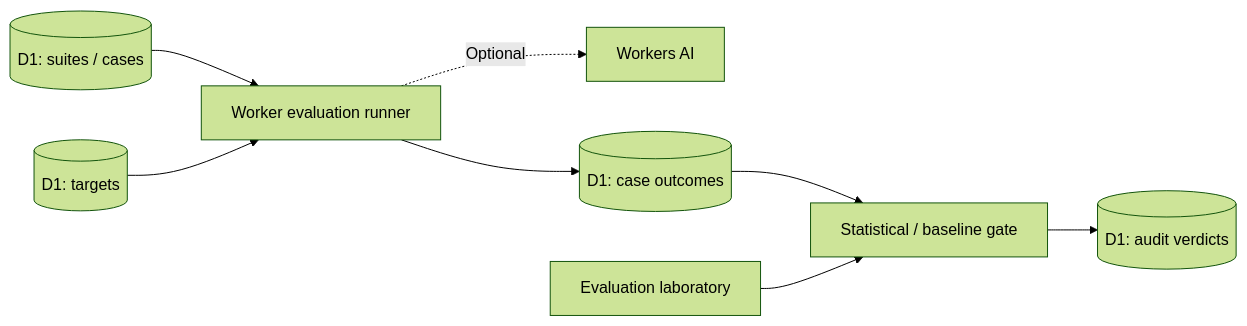
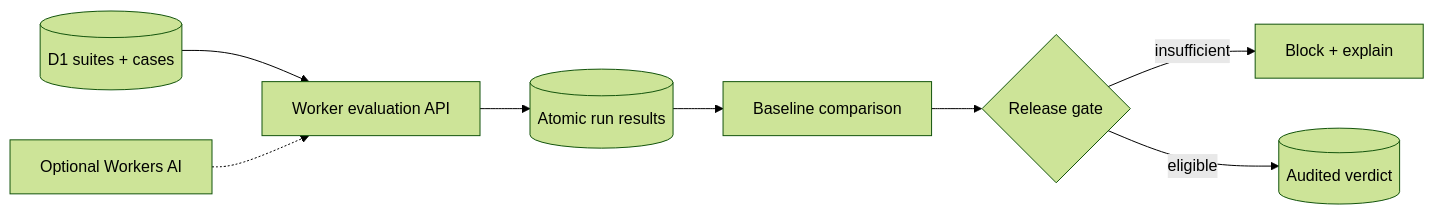
The diagram in README.md (amiddlebrook/SignalBench), drawn with Mermaid (forest theme) before and after one commit. The commit also changed other lines of this file and 4 other files, not shown here.

````diff
--- a/README.md
+++ b/README.md
@@ -53,10 +57,10 @@
 ```mermaid
 flowchart LR
-  Cases[(D1: suites / cases)] --> Runner[Worker evaluation runner]
-  Targets[(D1: targets)] --> Runner
-  Runner -. Optional .-> AI[Workers AI]
-  Runner --> Results[(D1: case outcomes)]
-  Results --> Gate[Statistical / baseline gate]
-  Gate --> Verdicts[(D1: audit verdicts)]
-  Lab[Evaluation laboratory] --> Gate
+  S[(D1 suites + cases)] --> E[Worker evaluation API]
+  E --> R[(Atomic run results)]
+  R --> B[Baseline comparison]
+  B --> G{Release gate}
+  G -->|insufficient| X[Block + explain]
+  G -->|eligible| V[(Audited verdict)]
+  AI[Optional Workers AI] -.-> E
 ```
````
